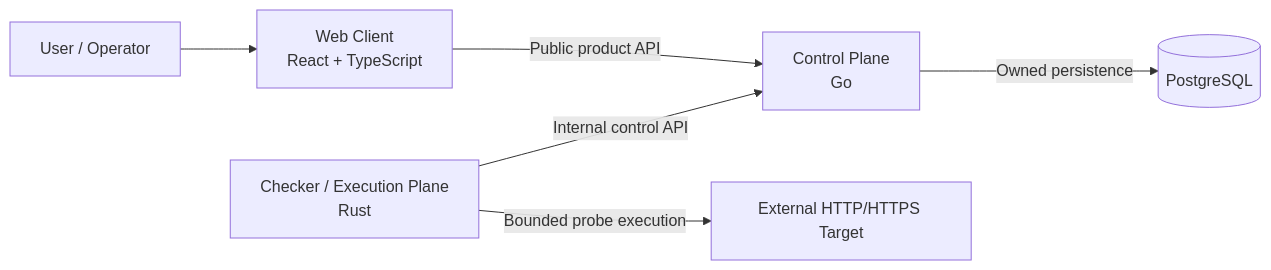
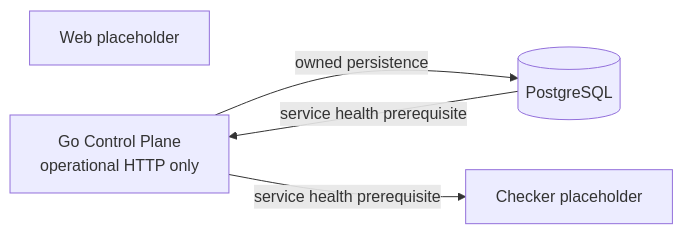
The diagram in docs/architecture/container-view.md (kefyusuf/uptime-lab), drawn with Mermaid before and after one commit. The commit also changed other lines of this file and 56 other files, not shown here.

````diff
--- a/docs/architecture/container-view.md
+++ b/docs/architecture/container-view.md
@@ -51,15 +88,12 @@
-```mermaid
+~~~mermaid
 flowchart LR
-    User[User / Operator]
-    Web[Web Client\nReact + TypeScript]
-    Go[Control Plane\nGo]
-    Rust[Checker / Execution Plane\nRust]
+    Web[Web placeholder]
+    Go["`Go Control Plane
+operational HTTP only`"]
+    Checker[Checker placeholder]
     DB[(PostgreSQL)]
-    Target[External HTTP/HTTPS Target]
 
-    User --> Web
-    Web -->|Public product API| Go
-    Rust -->|Internal control API| Go
-    Go -->|Owned persistence| DB
-    Rust -->|Bounded probe execution| Target
-```
+    Go -->|owned persistence| DB
+    DB -->|service health prerequisite| Go
+    Go -->|service health prerequisite| Checker
+~~~
````
